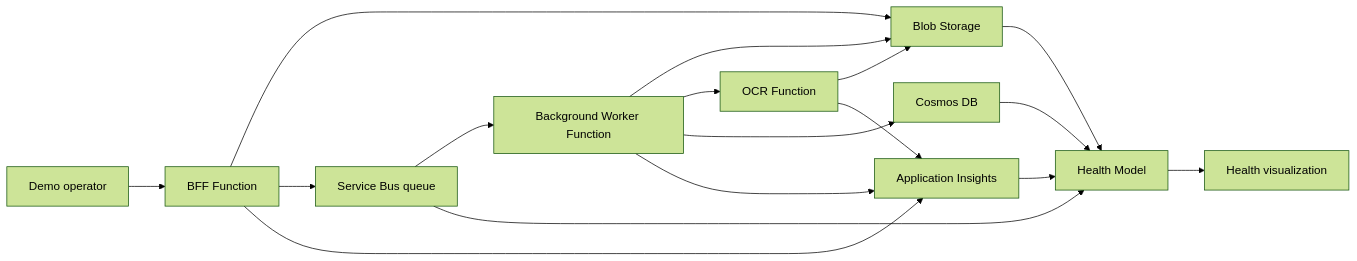
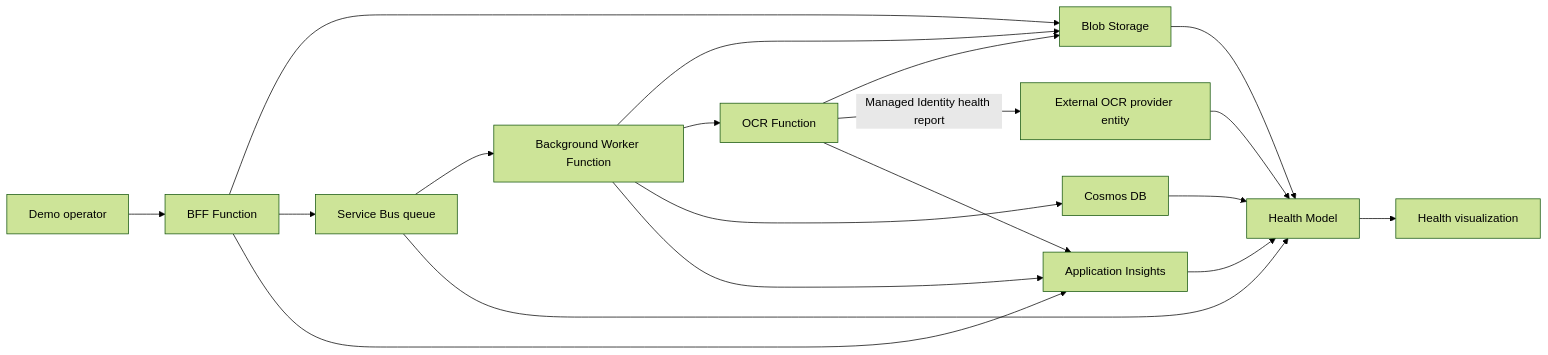
One commit to msimecek/AHM-Demo-Environment changed the diagram in DESIGN.md. Above: the diagram before and after it, drawn with Mermaid (forest theme). The commit also changed other lines of this file and 1 other file, not shown here.

````diff
--- a/DESIGN.md
+++ b/DESIGN.md
@@ -6,19 +6,21 @@
 ```mermaid
 flowchart LR
     user[Demo operator] --> bff[BFF Function]
     bff --> storage[Blob Storage]
     bff --> queue[Service Bus queue]
     queue --> worker[Background Worker Function]
     worker --> storage
     worker --> ocr[OCR Function]
     ocr --> storage
+    ocr -->|Managed Identity health report| external[External OCR provider entity]
+    external --> health
     worker --> db[Cosmos DB]
     bff --> telemetry[Application Insights]
     worker --> telemetry
     ocr --> telemetry
     storage --> health[Health Model]
     queue --> health
     db --> health
     telemetry --> health
     health --> dashboard[Health visualization]
 ```
````
